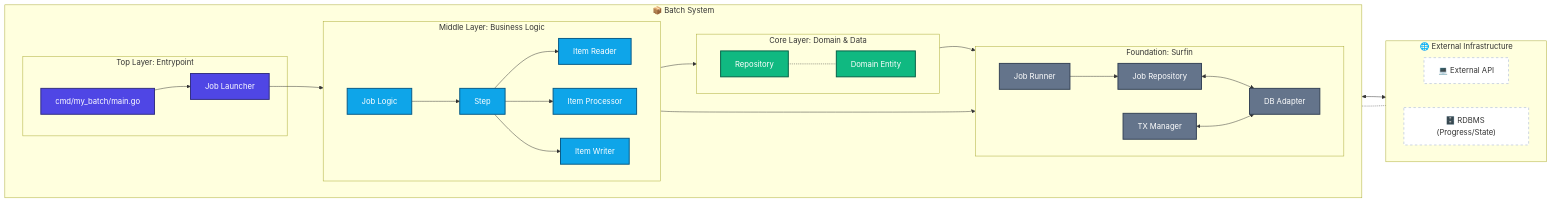
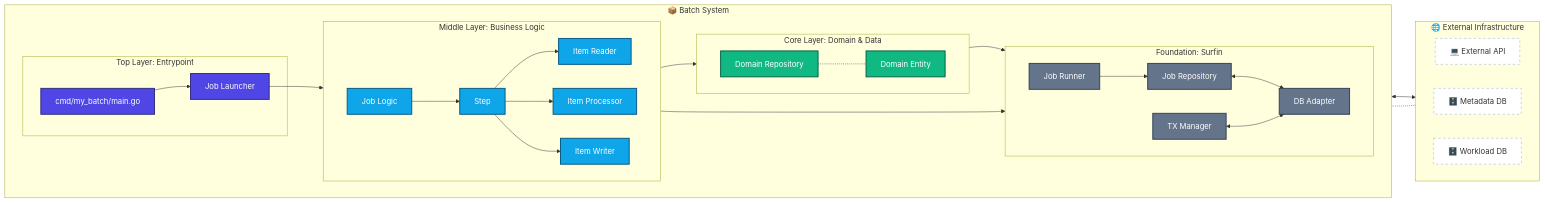
The diagram in README.md (tigerroll/surfin), drawn with Mermaid before and after one commit. The commit also changed other lines of this file and 15 other files, not shown here.

````diff
--- a/README.md
+++ b/README.md
@@ -223,75 +325,78 @@
 ```mermaid
 graph LR
     %% Style definitions
     classDef entry fill:#4f46e5,color:#fff,stroke:#312e81,stroke-width:2px
     classDef logic fill:#0ea5e9,color:#fff,stroke:#075985,stroke-width:2px
     classDef core fill:#64748b,color:#fff,stroke:#334155,stroke-width:2px
     classDef domain fill:#10b981,color:#fff,stroke:#065f46,stroke-width:2px
     classDef cloud fill:#fff,stroke:#cbd5e1,stroke-width:2px,stroke-dasharray: 5 5
 
     %% External boundaries
     subgraph External ["&nbsp; 🌐 External Infrastructure &nbsp;"]
         direction LR
         HTTP["💻&nbsp;External API"]:::cloud
-        RDB["🗄️&nbsp;RDBMS (Progress/State)"]:::cloud
+        MetadataDB["🗄️&nbsp;Metadata DB"]:::cloud
+        WorkloadDB["🗄️&nbsp;Workload DB"]:::cloud
     end
 
     %% Application core
     subgraph Application ["&nbsp; 📦 Batch System &nbsp;"]
         direction LR
 
         subgraph Layer_Entry ["Top Layer: Entrypoint"]
             Main["cmd/my_batch/main.go"]:::entry
             Launcher["Job Launcher"]:::entry
         end
 
         subgraph Layer_Logic ["Middle Layer: Business Logic"]
             direction LR
             Job["Job Logic"]:::logic
             Step["Step"]:::logic
             Reader["Item Reader"]:::logic
             Processor["Item Processor"]:::logic
             Writer["Item Writer"]:::logic
         end
 
         subgraph Layer_Core ["Foundation: Surfin"]
             direction LR
             Runner["Job Runner"]:::core
             Repository["Job Repository"]:::core
             TX["TX Manager"]:::core
             DB_Adapter["DB Adapter"]:::core
         end
 
         subgraph Layer_Domain ["Core Layer: Domain & Data"]
             direction LR
-            Repo["Repository"]:::domain
+            Repo["Domain Repository"]:::domain
             Entity["Domain Entity"]:::domain
         end
     end
 
     %% Connection and execution flow
     Main --> Launcher
     Launcher --> Job
     Job --> Step
     Step --> Reader
     Step --> Processor
     Step --> Writer
 
-    %% Framework and persistence integration
+    %% Framework and metadata persistence
     Job --> Runner
     Runner --> Repository
     Repository <--> DB_Adapter
-    DB_Adapter <--> RDB
+    DB_Adapter <--> MetadataDB
 
-    %% Dependencies
+    %% Business data persistence
     Writer --> Repo
     Repo --> TX
     TX <--> DB_Adapter
     Repo -.- Entity
+
+    %% External input
     Reader -.- HTTP
 
     %% Layout control
     Layer_Entry ~~~ Layer_Logic
     Layer_Logic ~~~ Layer_Core
     Layer_Core ~~~ Layer_Domain
 ```
````
